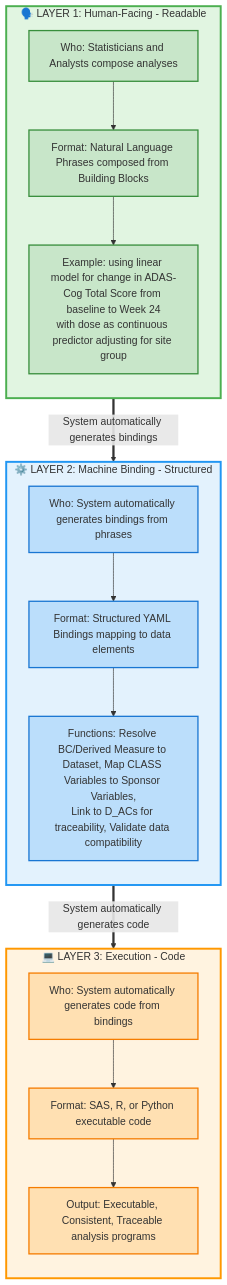
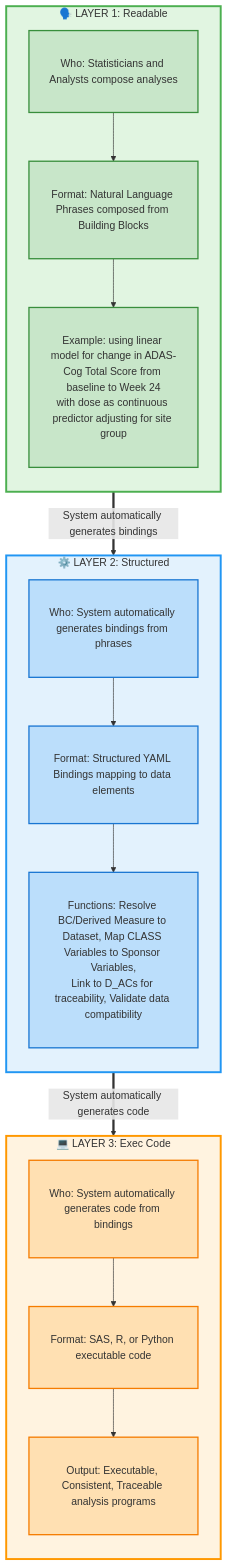
The diagram in neo4j/data/metadata/HYBRID_PHRASE_BASED_APPROACH.md (cdisc-org/analysis-concepts), drawn with Mermaid before and after one commit. The commit also changed other lines of this file, not shown here.

````diff
--- a/neo4j/data/metadata/HYBRID_PHRASE_BASED_APPROACH.md
+++ b/neo4j/data/metadata/HYBRID_PHRASE_BASED_APPROACH.md
@@ -15,41 +15,41 @@
 ```mermaid
 flowchart TD
-    subgraph Layer1["🗣️ LAYER 1: Human-Facing - Readable"]
+    subgraph Layer1["🗣️ LAYER 1: Readable"]
         direction TB
         H1["Who: Statisticians and Analysts compose analyses"]
         H2["Format: Natural Language Phrases composed from Building Blocks"]
         H3["Example: using linear model for change in ADAS-Cog Total Score from baseline to Week 24<br/>with dose as continuous predictor adjusting for site group"]
         H1 --> H2 --> H3
     end
 
-    subgraph Layer2["⚙️ LAYER 2: Machine Binding - Structured"]
+    subgraph Layer2["⚙️ LAYER 2: Structured"]
         direction TB
         M1["Who: System automatically generates bindings from phrases"]
         M2["Format: Structured YAML Bindings mapping to data elements"]
         M3["Functions: Resolve BC/Derived Measure to Dataset, Map CLASS Variables to Sponsor Variables,<br/>Link to D_ACs for traceability, Validate data compatibility"]
         M1 --> M2 --> M3
     end
 
-    subgraph Layer3["💻 LAYER 3: Execution - Code"]
+    subgraph Layer3["💻 LAYER 3: Exec Code"]
         direction TB
         E1["Who: System automatically generates code from bindings"]
         E2["Format: SAS, R, or Python executable code"]
         E3["Output: Executable, Consistent, Traceable analysis programs"]
         E1 --> E2 --> E3
     end
 
     Layer1 ==>|System automatically generates bindings| Layer2
     Layer2 ==>|System automatically generates code| Layer3
 
     style Layer1 fill:#e1f5e1,stroke:#4caf50,stroke-width:3px
     style Layer2 fill:#e3f2fd,stroke:#2196f3,stroke-width:3px
     style Layer3 fill:#fff3e0,stroke:#ff9800,stroke-width:3px
 
-    classDef humanBox fill:#c8e6c9,stroke:#388e3c,stroke-width:2px,min-width:1000px
-    classDef machineBox fill:#bbdefb,stroke:#1976d2,stroke-width:2px,min-width:1000px
-    classDef codeBox fill:#ffe0b2,stroke:#f57c00,stroke-width:2px,min-width:1000px
+classDef humanBox fill:#c8e6c9,stroke:#388e3c,stroke-width:2px,padding:15px
+classDef machineBox fill:#bbdefb,stroke:#1976d2,stroke-width:2px,padding:15px
+classDef codeBox fill:#ffe0b2,stroke:#f57c00,stroke-width:2px,padding:15px
 
     class H1,H2,H3 humanBox
     class M1,M2,M3 machineBox
     class E1,E2,E3 codeBox
 ```
````
